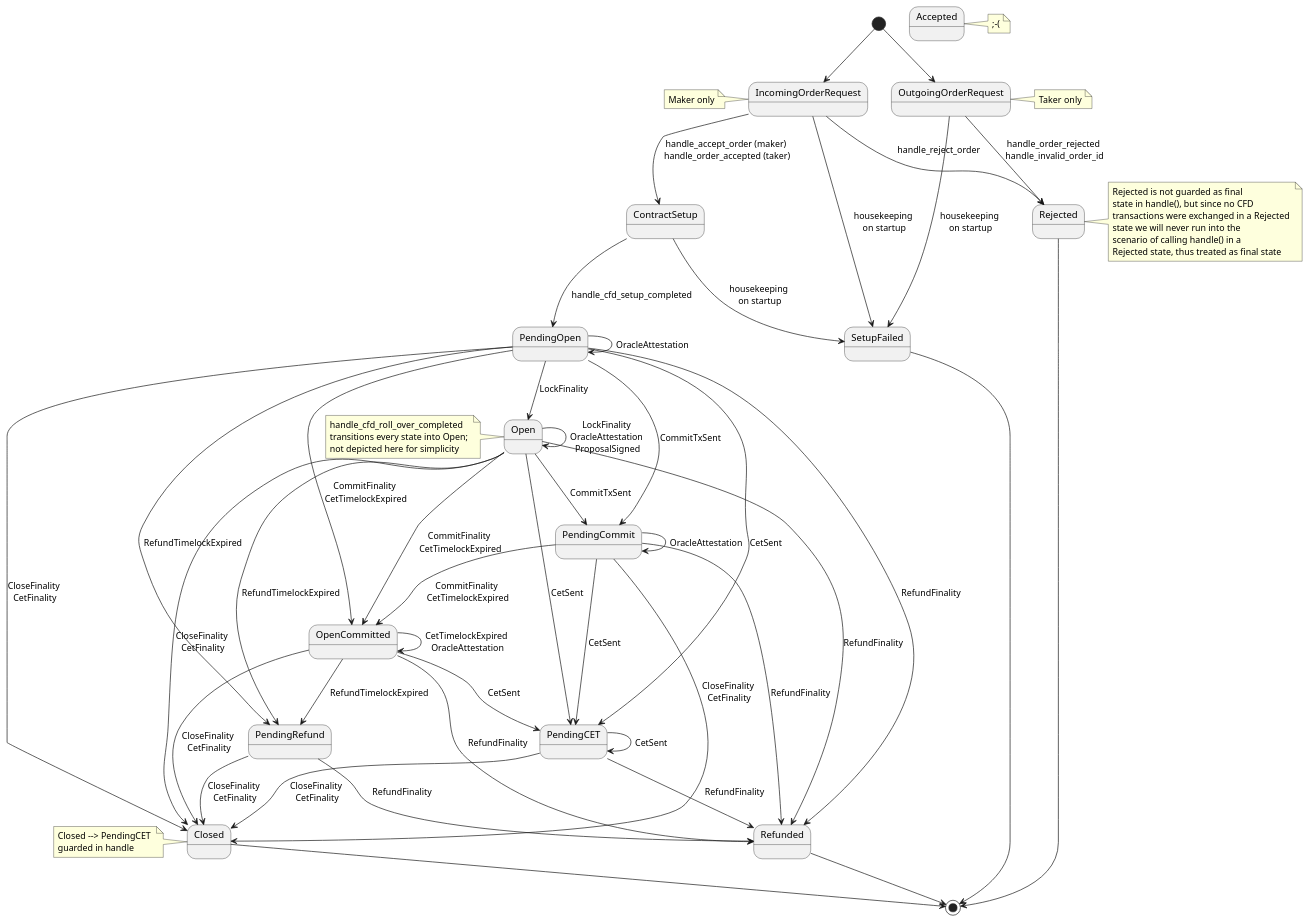
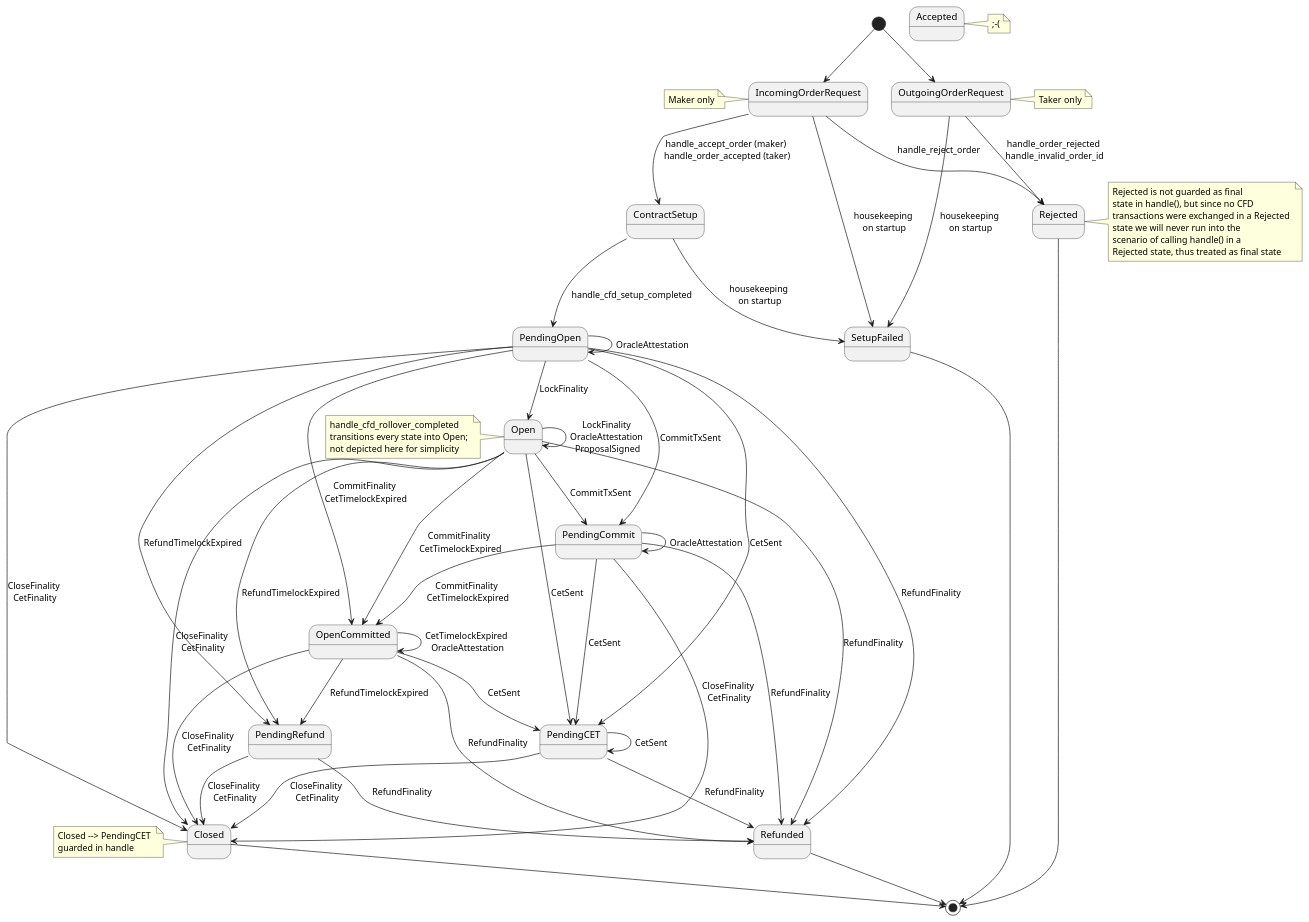
Before and after one commit to get10101/itchysats: the diagram in docs/asset/mvp_cfd_state_machine.puml, drawn with PlantUML. The commit also changed 17 other files, not shown here.

First line of the commit message:
Use rollover noun instead of roll over

```diff
--- a/docs/asset/mvp_cfd_state_machine.puml
+++ b/docs/asset/mvp_cfd_state_machine.puml
@@ -1,67 +1,67 @@
 @startuml
 [*] --> OutgoingOrderRequest
 note right of OutgoingOrderRequest: Taker only
 [*] --> IncomingOrderRequest
 note left of IncomingOrderRequest: Maker only
 
 OutgoingOrderRequest --> SetupFailed: housekeeping \non startup
 IncomingOrderRequest --> SetupFailed: housekeeping \non startup
 ContractSetup --> SetupFailed: housekeeping \non startup
 
 state Accepted
 note right of Accepted: ;-(
 
 IncomingOrderRequest --> ContractSetup: handle_accept_order (maker) \nhandle_order_accepted (taker)
 
 OutgoingOrderRequest --> Rejected: handle_order_rejected \nhandle_invalid_order_id
 IncomingOrderRequest --> Rejected: handle_reject_order
 
 Open --> PendingCommit: CommitTxSent
 PendingOpen --> PendingCommit: CommitTxSent
 
 PendingOpen --> Closed: CloseFinality \nCetFinality
 Open --> Closed: CloseFinality \nCetFinality
 PendingCommit --> Closed: CloseFinality \nCetFinality
 OpenCommitted --> Closed: CloseFinality \nCetFinality
 PendingCET --> Closed: CloseFinality \nCetFinality
 PendingRefund --> Closed: CloseFinality \nCetFinality
 
 PendingOpen --> Open: LockFinality
 Open --> Open: LockFinality \nOracleAttestation \nProposalSigned
-note left of Open: handle_cfd_roll_over_completed \ntransitions every state into Open; \nnot depicted here for simplicity
+note left of Open: handle_cfd_rollover_completed \ntransitions every state into Open; \nnot depicted here for simplicity
 
 PendingOpen --> PendingOpen: OracleAttestation
 ContractSetup --> PendingOpen: handle_cfd_setup_completed
 
 PendingCommit --> PendingCommit: OracleAttestation
 
 PendingOpen --> OpenCommitted: CommitFinality \nCetTimelockExpired
 Open --> OpenCommitted: CommitFinality \nCetTimelockExpired
 PendingCommit --> OpenCommitted: CommitFinality \nCetTimelockExpired
 OpenCommitted --> OpenCommitted: CetTimelockExpired \nOracleAttestation
 
 OpenCommitted --> PendingRefund: RefundTimelockExpired
 Open --> PendingRefund: RefundTimelockExpired
 PendingOpen --> PendingRefund: RefundTimelockExpired
 
 PendingOpen --> Refunded: RefundFinality
 Open --> Refunded: RefundFinality
 PendingCommit --> Refunded: RefundFinality
 OpenCommitted --> Refunded: RefundFinality
 PendingCET --> Refunded: RefundFinality
 PendingRefund --> Refunded: RefundFinality
 
 PendingOpen --> PendingCET: CetSent
 Open --> PendingCET: CetSent
 PendingCommit --> PendingCET: CetSent
 OpenCommitted --> PendingCET: CetSent
 PendingCET --> PendingCET: CetSent
 note left of Closed: Closed --> PendingCET \nguarded in handle
 
 Closed --> [*]
 SetupFailed --> [*]
 Refunded --> [*]
 Rejected --> [*]
 note right of Rejected: Rejected is not guarded as final \nstate in handle(), but since no CFD \ntransactions were exchanged in a Rejected \nstate we will never run into the \nscenario of calling handle() in a \nRejected state, thus treated as final state
 
 @enduml
```
